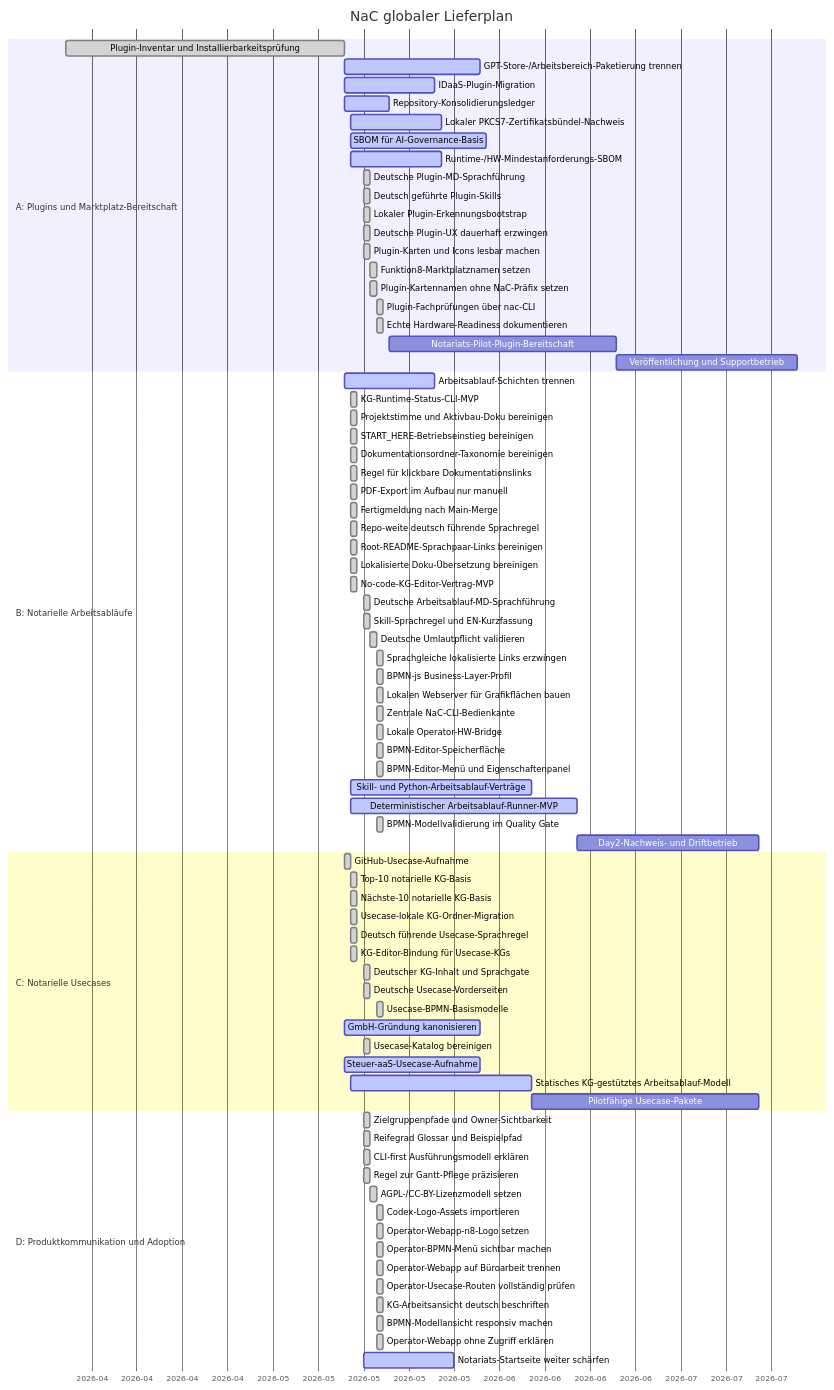
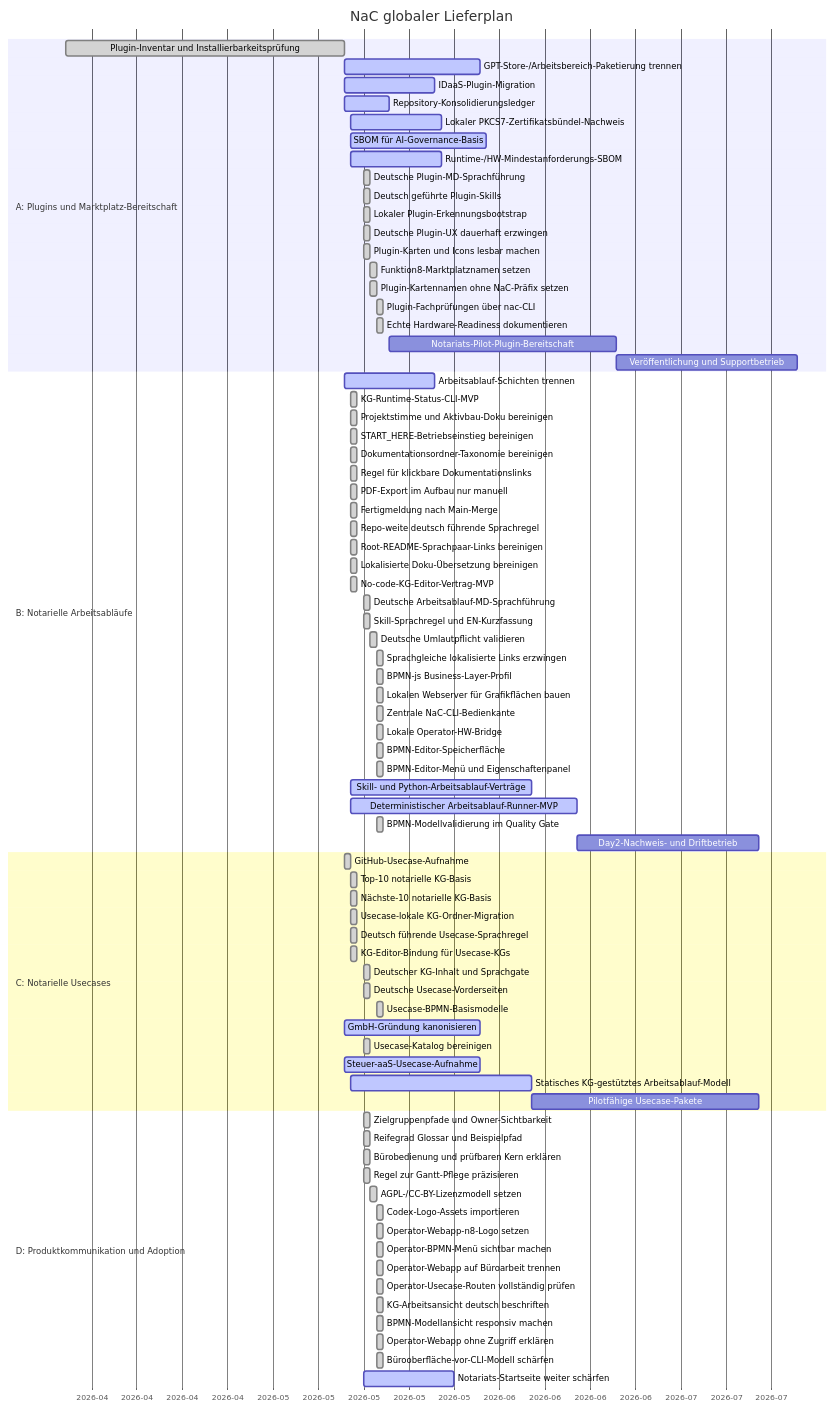
Before and after one commit to notariat8/NaC: the diagram in roadmap/GANTT.md, drawn with Mermaid. The commit also changed other lines of this file and 15 other files, not shown here.

````diff
--- a/roadmap/GANTT.md
+++ b/roadmap/GANTT.md
@@ -84,7 +84,7 @@
     section D: Produktkommunikation und Adoption
     Zielgruppenpfade und Owner-Sichtbarkeit      :done,    d1, 2026-05-17, 1d
     Reifegrad Glossar und Beispielpfad           :done,    d1a, 2026-05-17, 1d
-    CLI-first Ausführungsmodell erklären       :done,    d1b, 2026-05-17, 1d
+    Bürobedienung und prüfbaren Kern erklären  :done,    d1b, 2026-05-17, 1d
     Regel zur Gantt-Pflege präzisieren         :done,    d1c, 2026-05-17, 1d
     AGPL-/CC-BY-Lizenzmodell setzen              :done,    d1d, 2026-05-18, 1d
     Codex-Logo-Assets importieren                :done,    d1e, 2026-05-19, 1d
@@ -95,5 +95,6 @@
     KG-Arbeitsansicht deutsch beschriften        :done,    d1j, 2026-05-19, 1d
     BPMN-Modellansicht responsiv machen          :done,    d1k, 2026-05-19, 1d
     Operator-Webapp ohne Zugriff erklären        :done,    d1l, 2026-05-19, 1d
+    Bürooberfläche-vor-CLI-Modell schärfen       :done,    d1m, 2026-05-19, 1d
     Notariats-Startseite weiter schärfen        :active,  d2, 2026-05-17, 14d
 ```
````
